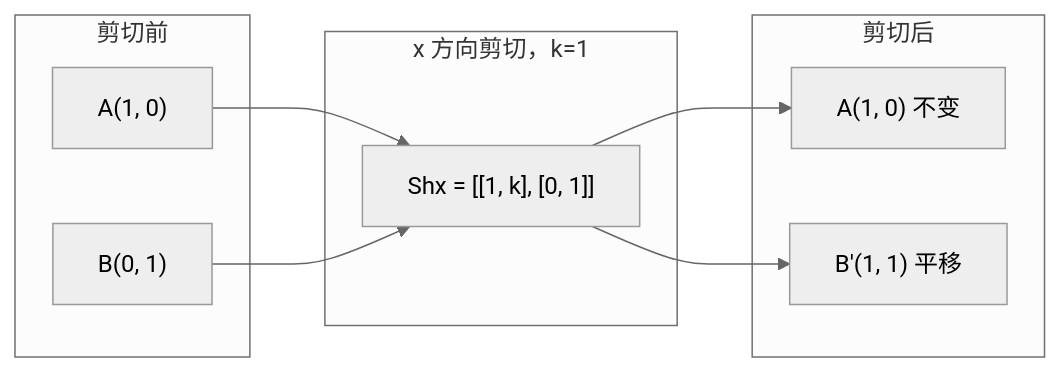
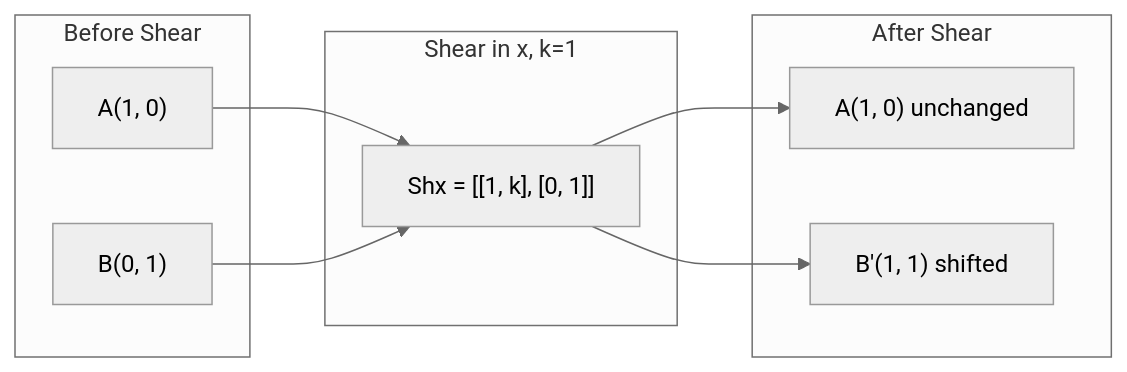
One commit to omigaZen/ai-engineering-from-scratch changed the fourth of 7 diagrams in phases/01-math-foundations/03-matrix-transformations/docs/zh.md. Above: the diagram before and after it, drawn with Mermaid (neutral theme). The commit also changed other lines of this file and 32 other files, not shown here.

````diff
--- a/phases/01-math-foundations/03-matrix-transformations/docs/zh.md
+++ b/phases/01-math-foundations/03-matrix-transformations/docs/zh.md
@@ -108,16 +108,16 @@
 ```mermaid
 graph LR
-    subgraph Before["剪切前"]
+    subgraph Before["Before Shear"]
         A["A(1, 0)"]
         B["B(0, 1)"]
     end
-    subgraph Shear["x 方向剪切，k=1"]
+    subgraph Shear["Shear in x, k=1"]
         Sh["Shx = [[1, k], [0, 1]]"]
     end
-    subgraph After["剪切后"]
-        Ap["A(1, 0) 不变"]
-        Bp["B'(1, 1) 平移"]
+    subgraph After["After Shear"]
+        Ap["A(1, 0) unchanged"]
+        Bp["B'(1, 1) shifted"]
     end
     A --> Sh --> Ap
     B --> Sh --> Bp
 ```
````
